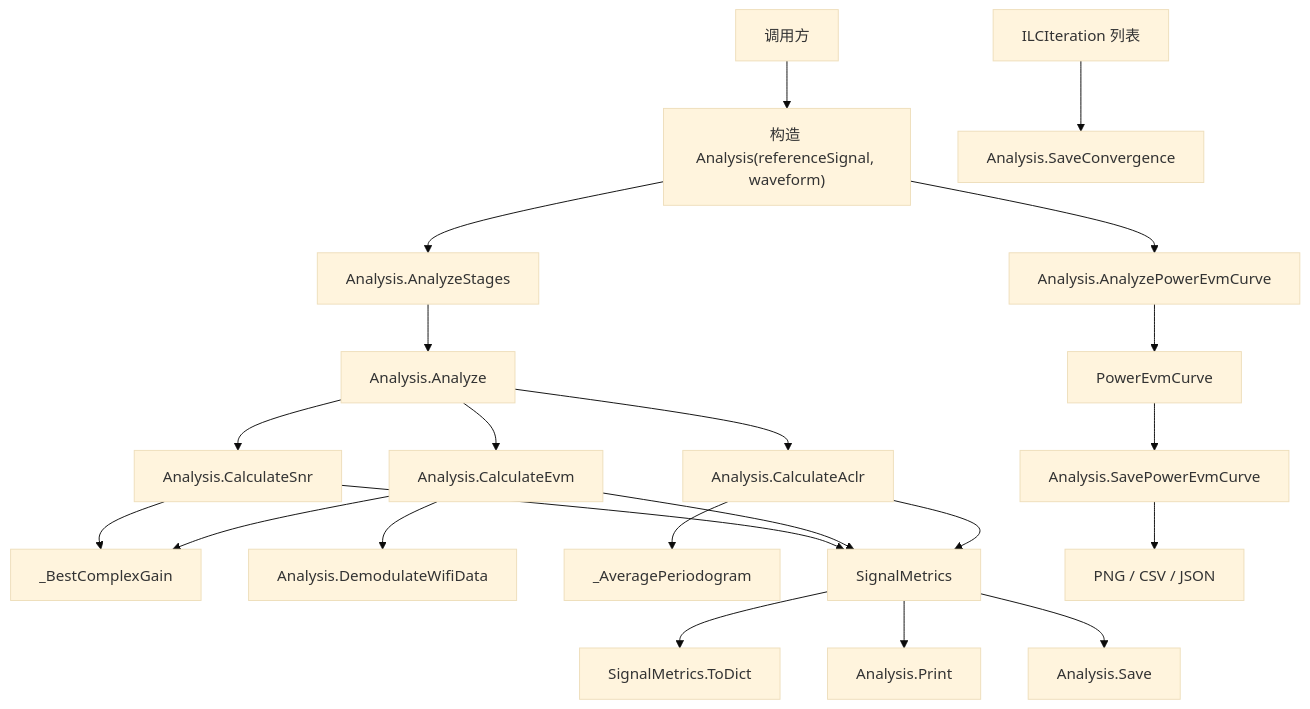
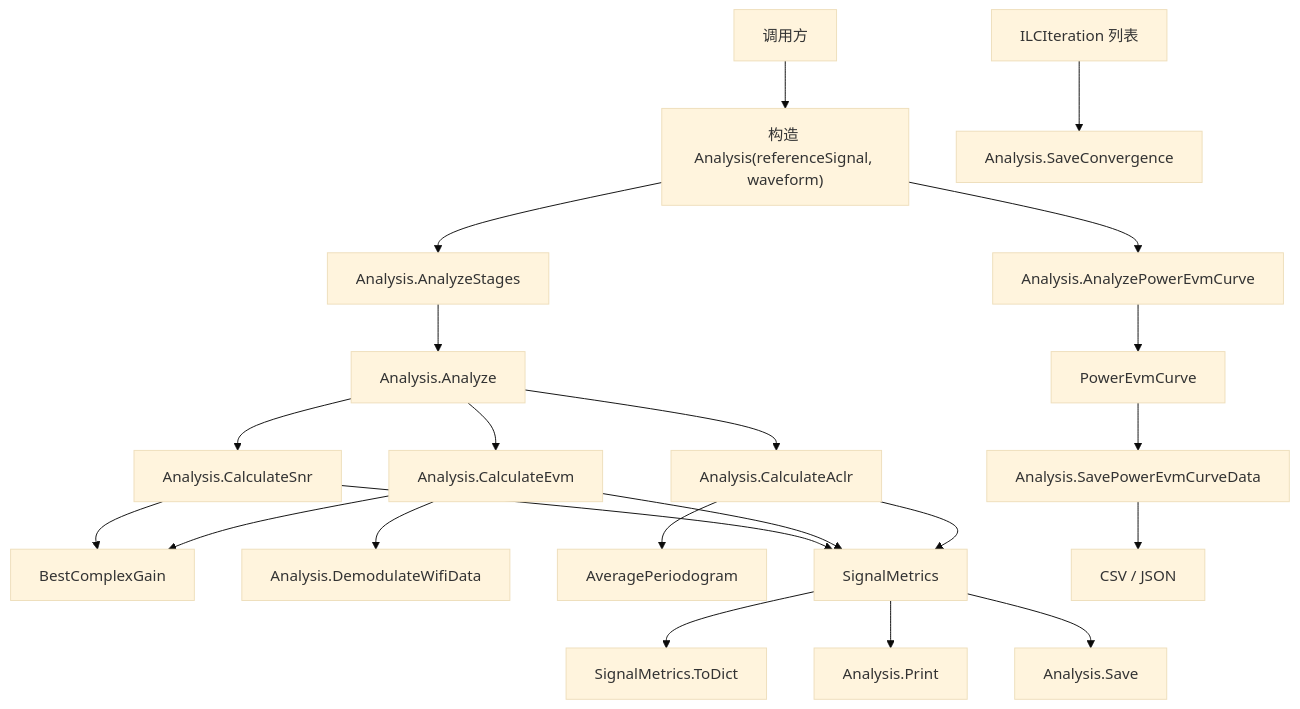
The seventh of 10 diagrams in README.md (niyilu45/DPD_ILC), drawn with Mermaid (base theme) before and after one commit. The commit also changed other lines of this file and 13 other files, not shown here.

````diff
--- a/README.md
+++ b/README.md
@@ -268,26 +275,26 @@
 ```mermaid
 flowchart TD
     caller["调用方"] --> context["构造 Analysis(referenceSignal, waveform)"]
     context --> stages["Analysis.AnalyzeStages"]
     stages --> analyze["Analysis.Analyze"]
     analyze --> snr["Analysis.CalculateSnr"]
     analyze --> evm["Analysis.CalculateEvm"]
     analyze --> aclr["Analysis.CalculateAclr"]
 
-    snr --> gain["_BestComplexGain"]
+    snr --> gain["BestComplexGain"]
     evm --> demod["Analysis.DemodulateWifiData"]
     evm --> gain
-    aclr --> psd["_AveragePeriodogram"]
+    aclr --> psd["AveragePeriodogram"]
 
     snr --> metrics["SignalMetrics"]
     evm --> metrics
     aclr --> metrics
     metrics --> toDict["SignalMetrics.ToDict"]
     metrics --> print["Analysis.Print"]
     metrics --> save["Analysis.Save"]
     convergence["ILCIteration 列表"] --> saveConvergence["Analysis.SaveConvergence"]
     context --> powerSweep["Analysis.AnalyzePowerEvmCurve"]
     powerSweep --> curve["PowerEvmCurve"]
-    curve --> curveSave["Analysis.SavePowerEvmCurve"]
-    curveSave --> curveFiles["PNG / CSV / JSON"]
+    curve --> curveSave["Analysis.SavePowerEvmCurveData"]
+    curveSave --> curveFiles["CSV / JSON"]
 ```
````
